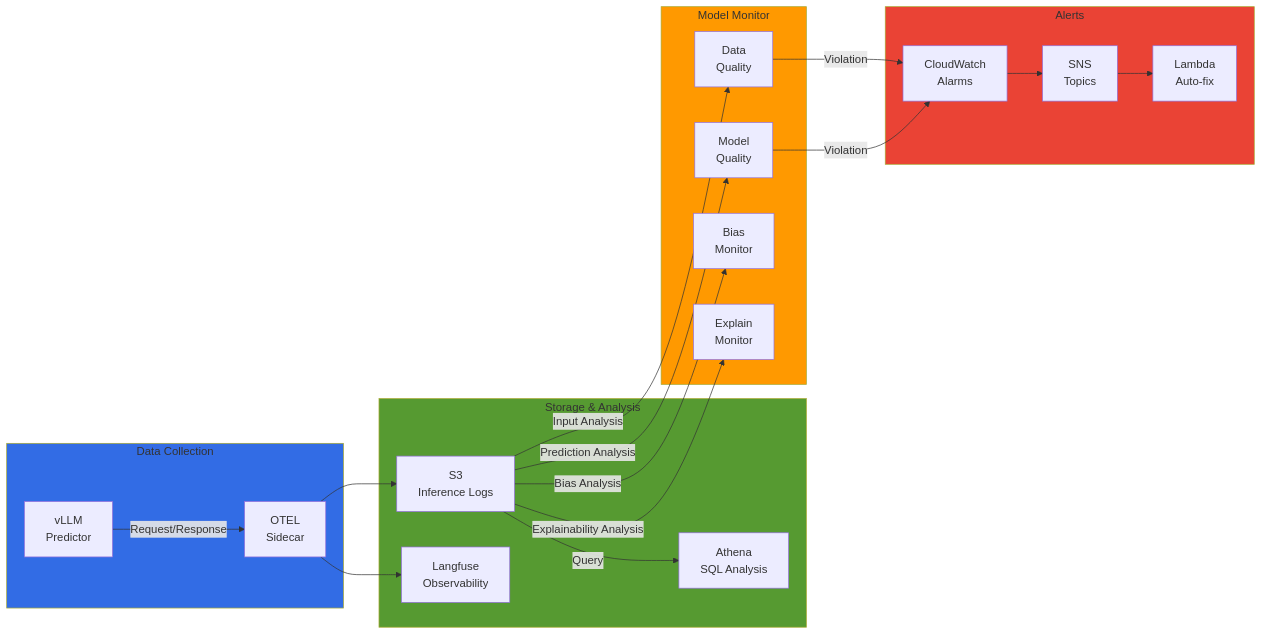
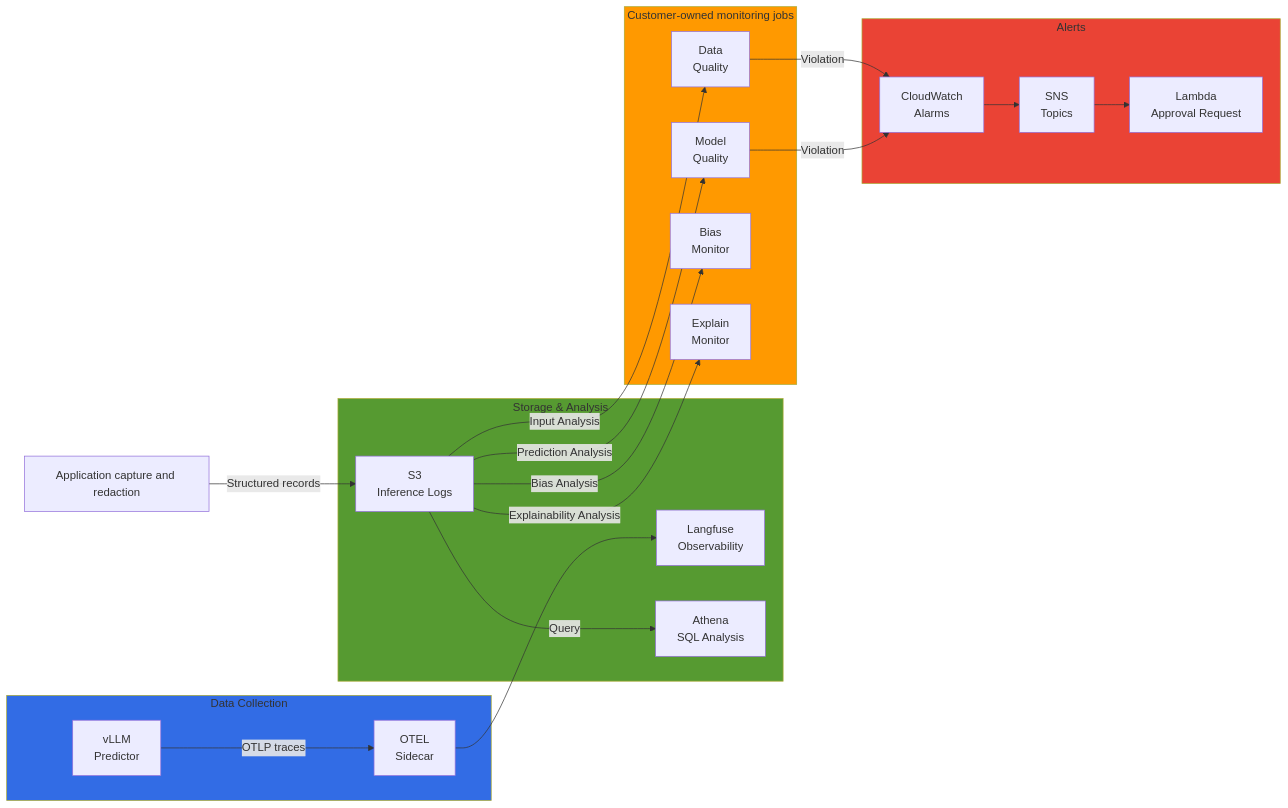
The fourth of 4 diagrams in i18n/en/docusaurus-plugin-content-docs/current/agentic-ai-platform/reference-architecture/integrations/sagemaker-eks-integration.md (devfloor9/engineering-playbook), drawn with Mermaid before and after one commit. The commit also changed other lines of this file and 5 other files, not shown here.

````diff
--- a/i18n/en/docusaurus-plugin-content-docs/current/agentic-ai-platform/reference-architecture/integrations/sagemaker-eks-integration.md
+++ b/i18n/en/docusaurus-plugin-content-docs/current/agentic-ai-platform/reference-architecture/integrations/sagemaker-eks-integration.md
@@ -593,47 +796,48 @@
 ```mermaid
 flowchart LR
     subgraph Collection["Data Collection"]
         VLLM[vLLM<br/>Predictor]
         OTEL[OTEL<br/>Sidecar]
     end
 
     subgraph Storage["Storage & Analysis"]
         S3_LOGS[S3<br/>Inference Logs]
         LANGFUSE[Langfuse<br/>Observability]
         ATHENA[Athena<br/>SQL Analysis]
     end
 
-    subgraph Monitor["Model Monitor"]
+    subgraph Monitor["Customer-owned monitoring jobs"]
         DATA_QUALITY[Data<br/>Quality]
         MODEL_QUALITY[Model<br/>Quality]
         BIAS[Bias<br/>Monitor]
         EXPLAINABILITY[Explain<br/>Monitor]
     end
 
     subgraph Alert["Alerts"]
         CW_ALARMS[CloudWatch<br/>Alarms]
         SNS[SNS<br/>Topics]
-        LAMBDA[Lambda<br/>Auto-fix]
+        LAMBDA[Lambda<br/>Approval Request]
     end
 
-    VLLM -->|Request/Response| OTEL
+    VLLM -->|OTLP traces| OTEL
+    CAPTURE[Application capture and redaction] -->|Structured records| S3_LOGS
     OTEL --> LANGFUSE
-    OTEL --> S3_LOGS
+
 
     S3_LOGS -->|Input Analysis| DATA_QUALITY
     S3_LOGS -->|Prediction Analysis| MODEL_QUALITY
     S3_LOGS -->|Bias Analysis| BIAS
     S3_LOGS -->|Explainability Analysis| EXPLAINABILITY
 
     S3_LOGS -->|Query| ATHENA
 
     DATA_QUALITY -->|Violation| CW_ALARMS
     MODEL_QUALITY -->|Violation| CW_ALARMS
     CW_ALARMS --> SNS
     SNS --> LAMBDA
 
     style Collection fill:#326ce5
     style Storage fill:#569a31
     style Monitor fill:#ff9900
     style Alert fill:#ea4335
 ```
````
